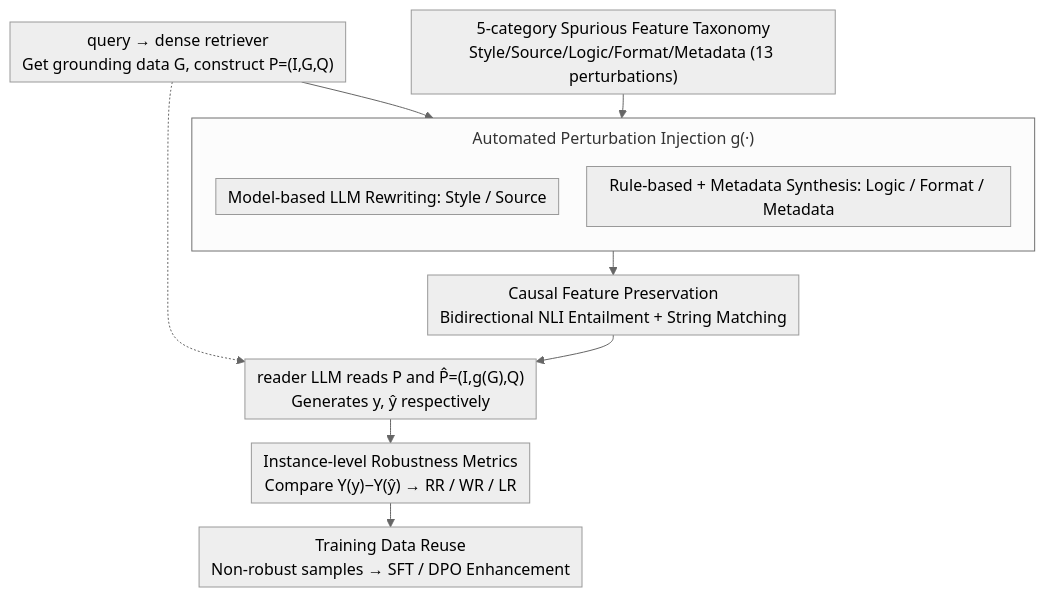
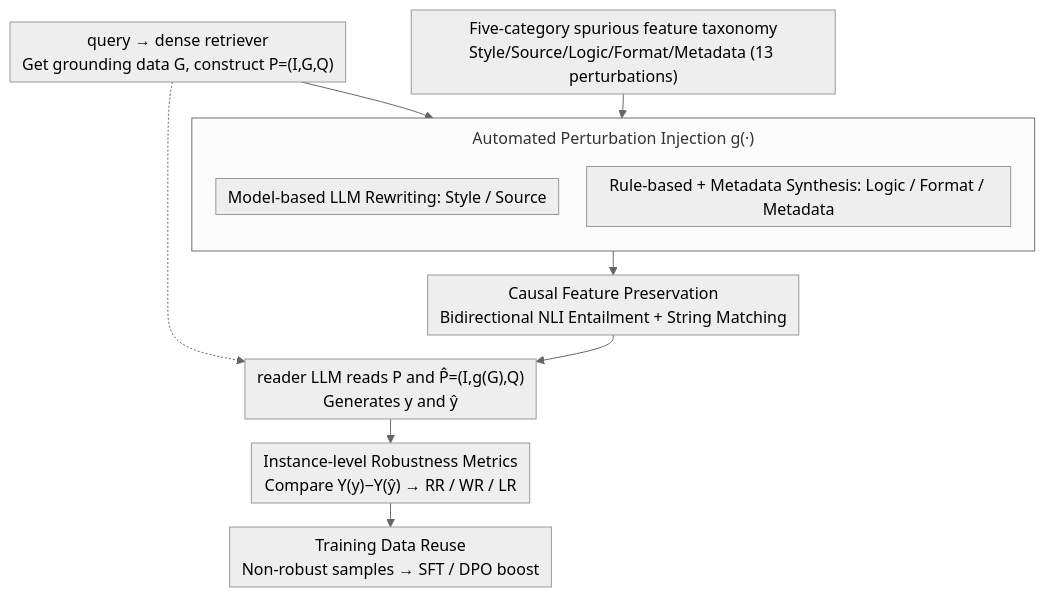
Before and after one commit to zhaoyang97/Paper-Notes-en: the diagram in docs/ACL2026/information_retrieval/quantifying_and_improving_the_robustness_of_retrieval-augmented_language_models_.md, drawn with Mermaid (neutral theme). The commit also changed other lines of this file and 5084 other files, not shown here.

````diff
--- a/docs/ACL2026/information_retrieval/quantifying_and_improving_the_robustness_of_retrieval-augmented_language_models_.md
+++ b/docs/ACL2026/information_retrieval/quantifying_and_improving_the_robustness_of_retrieval-augmented_language_models_.md
@@ -44,18 +44,18 @@
 ```mermaid
 %%{init: {'flowchart': {'rankSpacing': 24, 'nodeSpacing': 28, 'padding': 6, 'wrappingWidth': 400, 'subGraphTitleMargin': {'top': 8, 'bottom': 16}}}}%%
 flowchart TD
     A["query → dense retriever<br/>Get grounding data G, construct P=(I,G,Q)"]
-    TAX["5-category Spurious Feature Taxonomy<br/>Style/Source/Logic/Format/Metadata (13 perturbations)"]
+    TAX["Five-category spurious feature taxonomy<br/>Style/Source/Logic/Format/Metadata (13 perturbations)"]
     A --> INJ
     TAX --> INJ
     subgraph INJ["Automated Perturbation Injection g(·)"]
         direction TB
         M["Model-based LLM Rewriting: Style / Source"]
         R["Rule-based + Metadata Synthesis: Logic / Format / Metadata"]
     end
     INJ --> PRES["Causal Feature Preservation<br/>Bidirectional NLI Entailment + String Matching"]
-    PRES --> READ["reader LLM reads P and P̂=(I,g(G),Q)<br/>Generates y, ŷ respectively"]
+    PRES --> READ["reader LLM reads P and P̂=(I,g(G),Q)<br/>Generates y and ŷ"]
     A -.-> READ
     READ --> MET["Instance-level Robustness Metrics<br/>Compare Y(y)−Y(ŷ) → RR / WR / LR"]
-    MET --> MIT["Training Data Reuse<br/>Non-robust samples → SFT / DPO Enhancement"]
+    MET --> MIT["Training Data Reuse<br/>Non-robust samples → SFT / DPO boost"]
 ```
````
